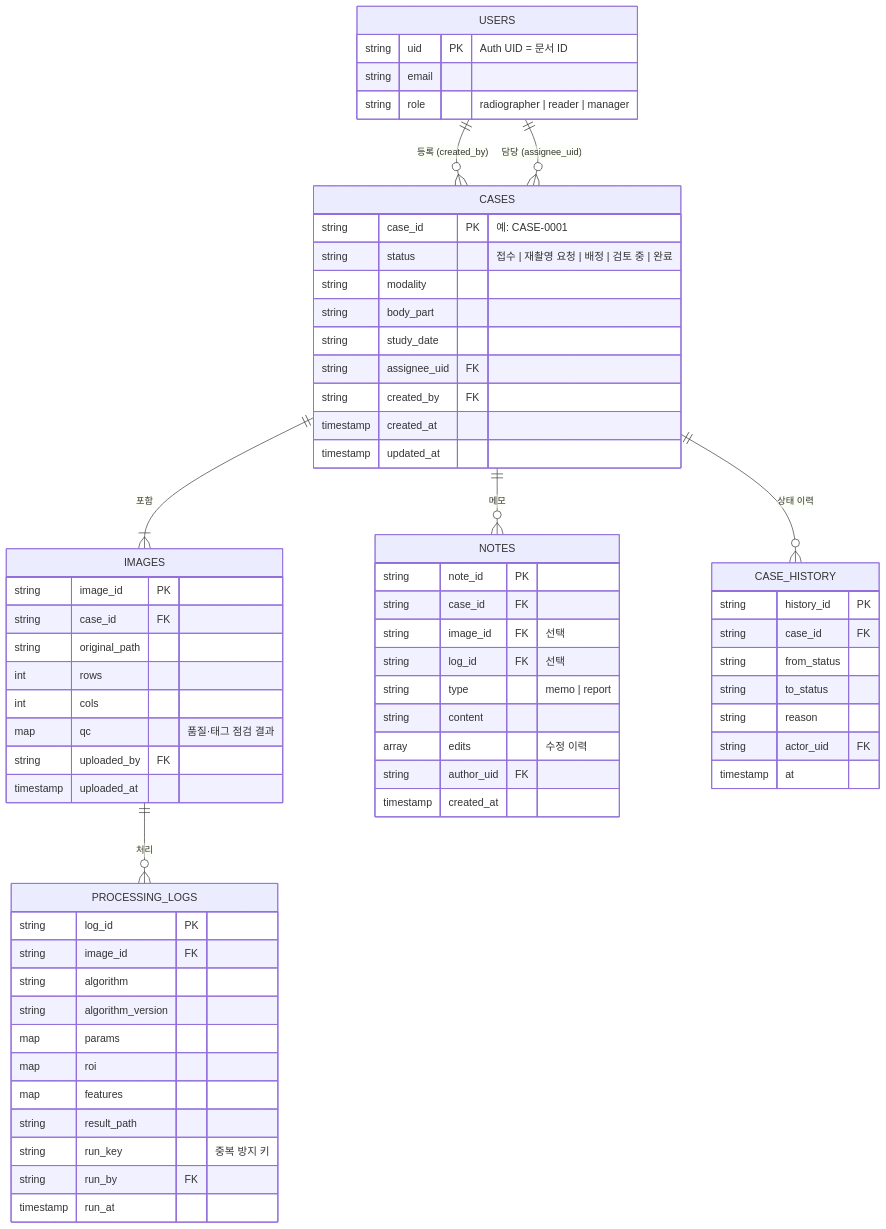
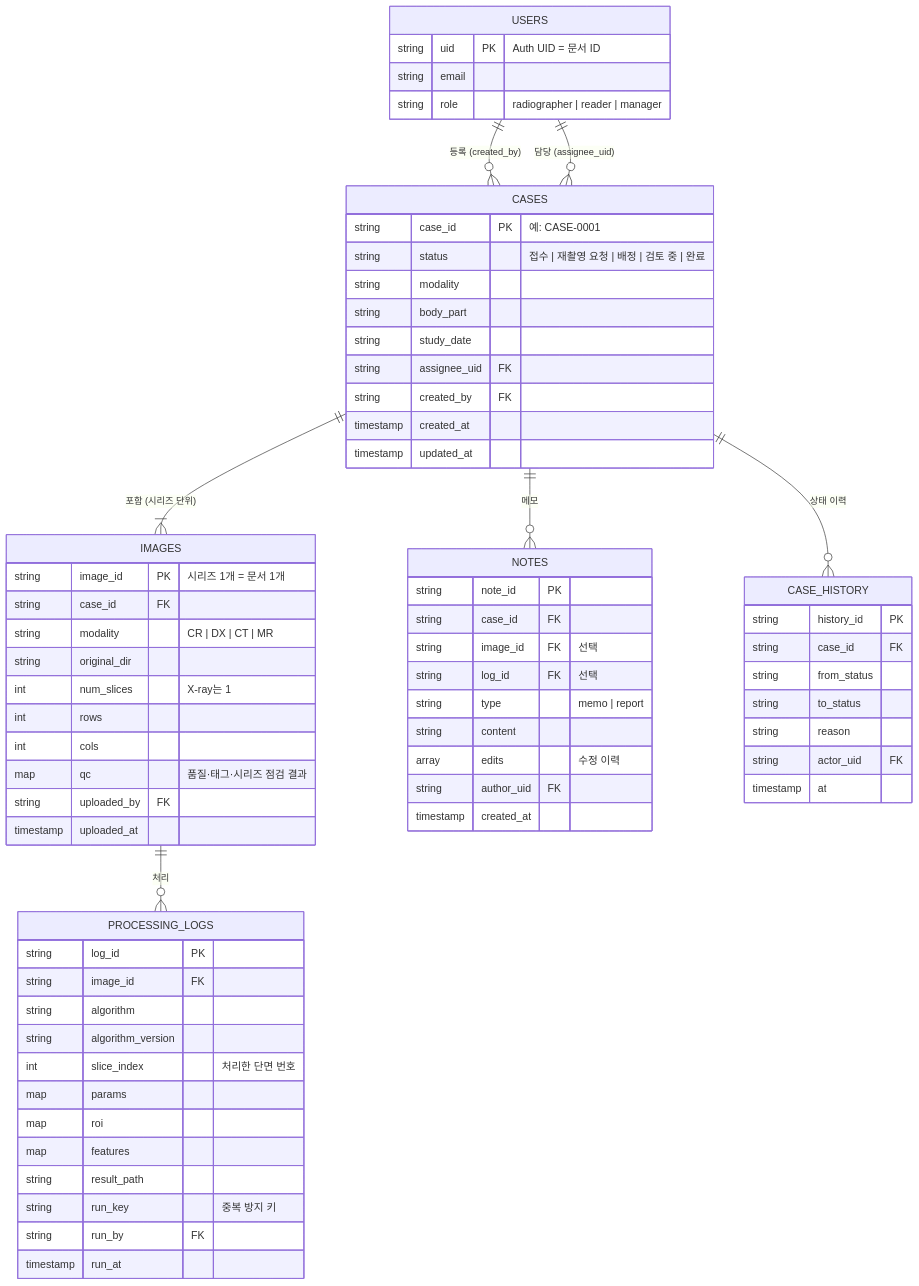
One commit to HyangnamDexter/Team_Project changed the diagram in docs/firestore.md. Above: the diagram before and after it, drawn with Mermaid. The commit also changed other lines of this file and 8 other files, not shown here.

````diff
--- a/docs/firestore.md
+++ b/docs/firestore.md
@@ -16,69 +16,72 @@
 ```mermaid
 erDiagram
     USERS ||--o{ CASES : "등록 (created_by)"
     USERS ||--o{ CASES : "담당 (assignee_uid)"
-    CASES ||--|{ IMAGES : "포함"
+    CASES ||--|{ IMAGES : "포함 (시리즈 단위)"
     IMAGES ||--o{ PROCESSING_LOGS : "처리"
     CASES ||--o{ NOTES : "메모"
     CASES ||--o{ CASE_HISTORY : "상태 이력"
 
     USERS {
         string uid PK "Auth UID = 문서 ID"
         string email
         string role "radiographer | reader | manager"
     }
     CASES {
         string case_id PK "예: CASE-0001"
         string status "접수 | 재촬영 요청 | 배정 | 검토 중 | 완료"
         string modality
         string body_part
         string study_date
         string assignee_uid FK
         string created_by FK
         timestamp created_at
         timestamp updated_at
     }
     IMAGES {
-        string image_id PK
+        string image_id PK "시리즈 1개 = 문서 1개"
         string case_id FK
-        string original_path
+        string modality "CR | DX | CT | MR"
+        string original_dir
+        int num_slices "X-ray는 1"
         int rows
         int cols
-        map qc "품질·태그 점검 결과"
+        map qc "품질·태그·시리즈 점검 결과"
         string uploaded_by FK
         timestamp uploaded_at
     }
     PROCESSING_LOGS {
         string log_id PK
         string image_id FK
         string algorithm
         string algorithm_version
+        int slice_index "처리한 단면 번호"
         map params
         map roi
         map features
         string result_path
         string run_key "중복 방지 키"
         string run_by FK
         timestamp run_at
     }
     NOTES {
         string note_id PK
         string case_id FK
         string image_id FK "선택"
         string log_id FK "선택"
         string type "memo | report"
         string content
         array edits "수정 이력"
         string author_uid FK
         timestamp created_at
     }
     CASE_HISTORY {
         string history_id PK
         string case_id FK
         string from_status
         string to_status
         string reason
         string actor_uid FK
         timestamp at
     }
 ```
````
